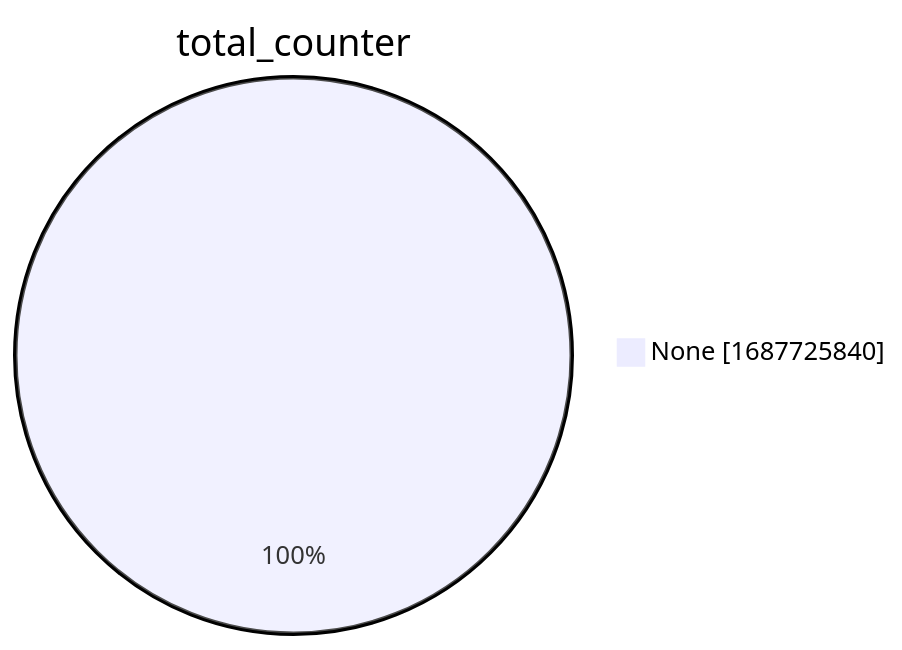
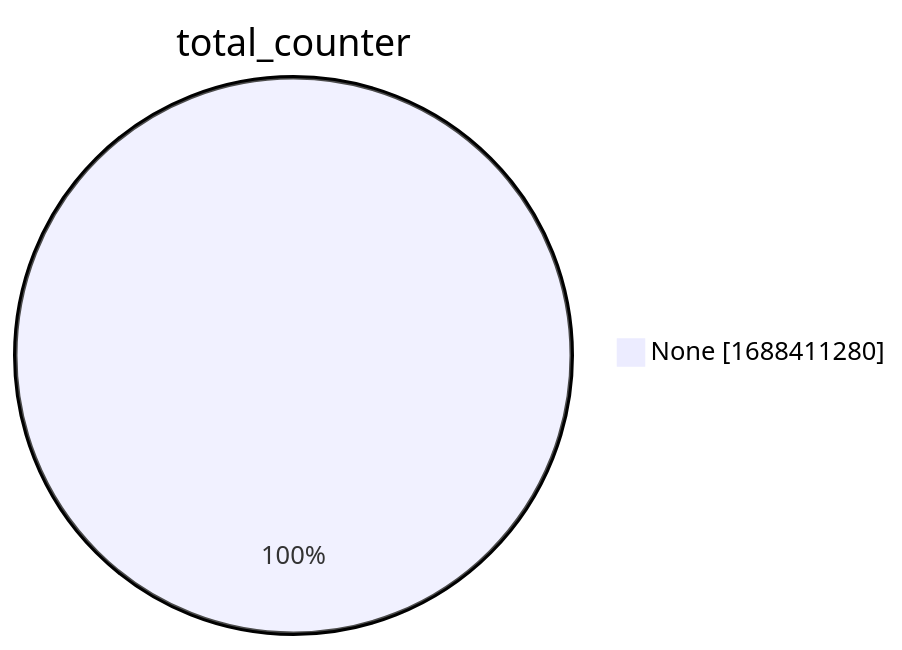
Before and after one commit to christiankrug/ctmonitor_visualization: the second of 15 diagrams in xenon2022/README.md, drawn with Mermaid. The commit also changed other lines of this file, not shown here.

````diff
--- a/xenon2022/README.md
+++ b/xenon2022/README.md
@@ -9,5 +9,5 @@
 ```mermaid
 pie showData
 title total_counter
-"None" :1687725840
+"None" :1688411280
 ```
````
